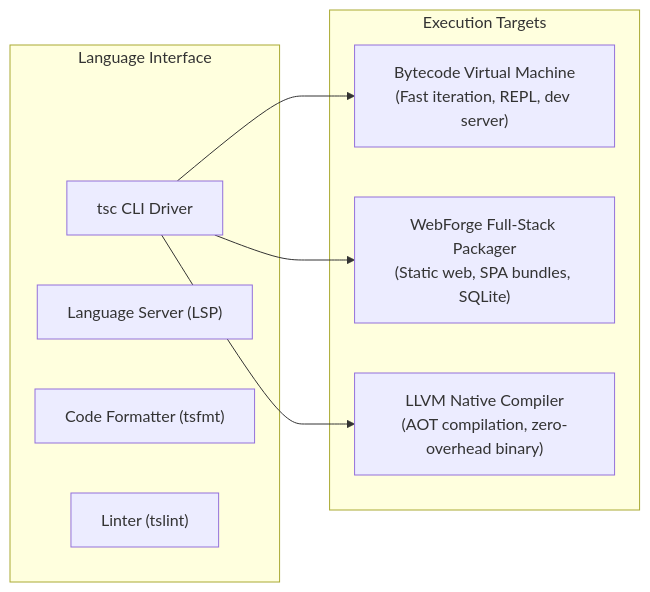
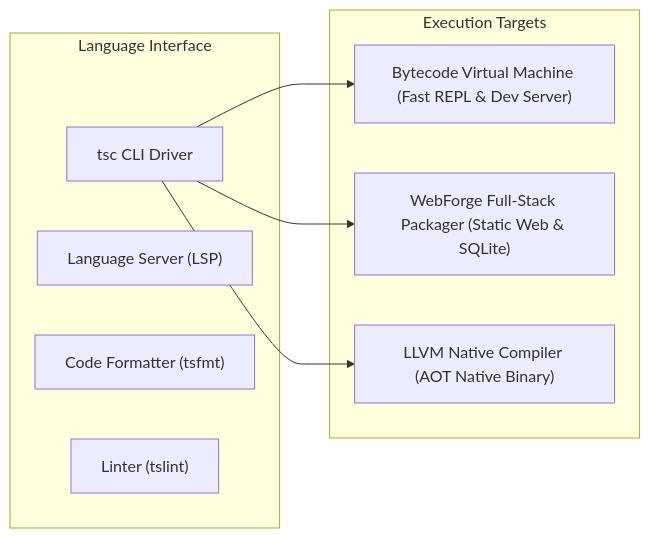
Before and after one commit to Tcode-Motion/techscript: the third of 3 diagrams in README.md, drawn with Mermaid. The commit also changed other lines of this file, not shown here.

Commit message:
docs(readme): fix Mermaid diagram subgraph syntax and labels

````diff
--- a/README.md
+++ b/README.md
@@ -426,19 +426,19 @@
 ```mermaid
 flowchart LR
-    subgraph FRONTEND[Language Interface]
+    subgraph FRONTEND ["Language Interface"]
         CLI["tsc CLI Driver"]
         LSP["Language Server (LSP)"]
         FMT["Code Formatter (tsfmt)"]
         LINT["Linter (tslint)"]
     end
 
-    subgraph ENGINE[Execution Targets]
-        VM["Bytecode Virtual Machine<br/>(Fast iteration, REPL, dev server)"]
-        WebForge["WebForge Full-Stack Packager<br/>(Static web, SPA bundles, SQLite)"]
-        Native["LLVM Native Compiler<br/>(AOT compilation, zero-overhead binary)"]
+    subgraph TARGETS ["Execution Targets"]
+        VM["Bytecode Virtual Machine (Fast REPL & Dev Server)"]
+        WebForge["WebForge Full-Stack Packager (Static Web & SQLite)"]
+        Native["LLVM Native Compiler (AOT Native Binary)"]
     end
 
     CLI --> VM
     CLI --> WebForge
     CLI --> Native
 ```
````
